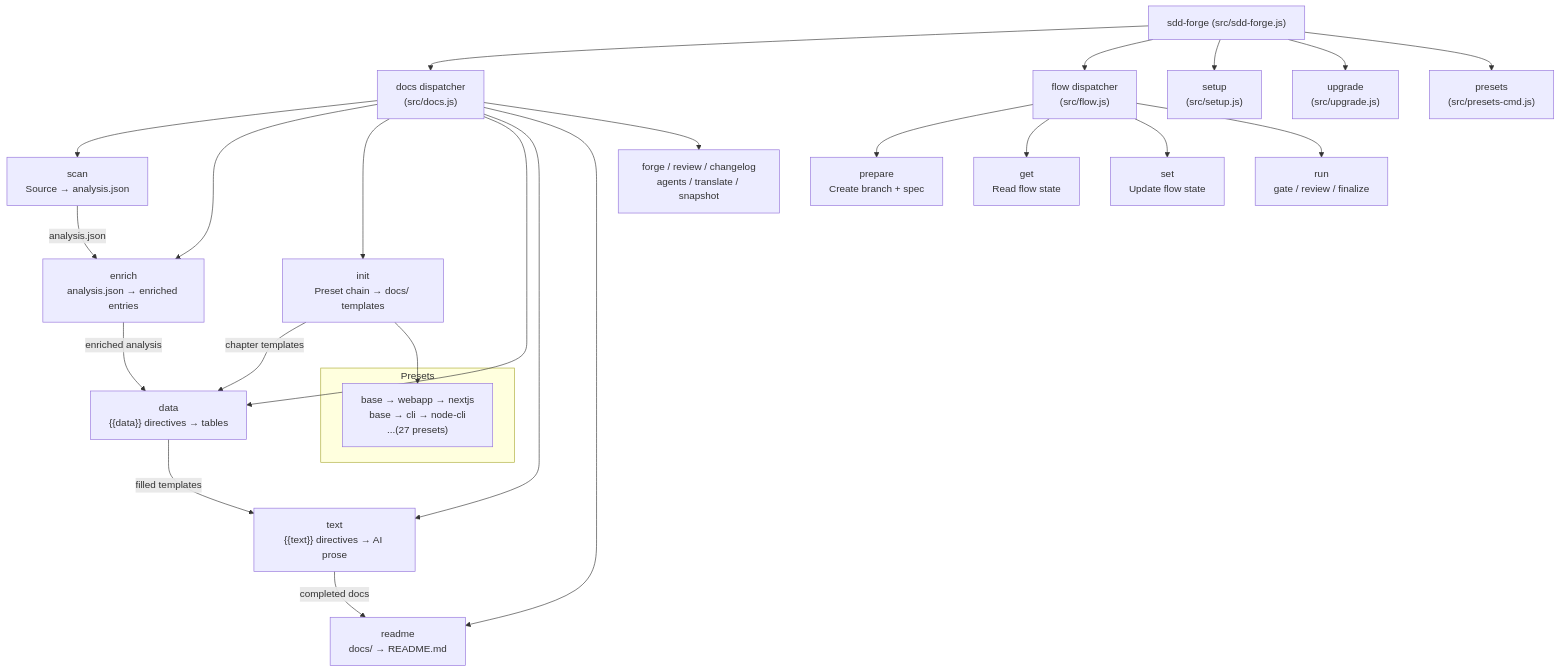
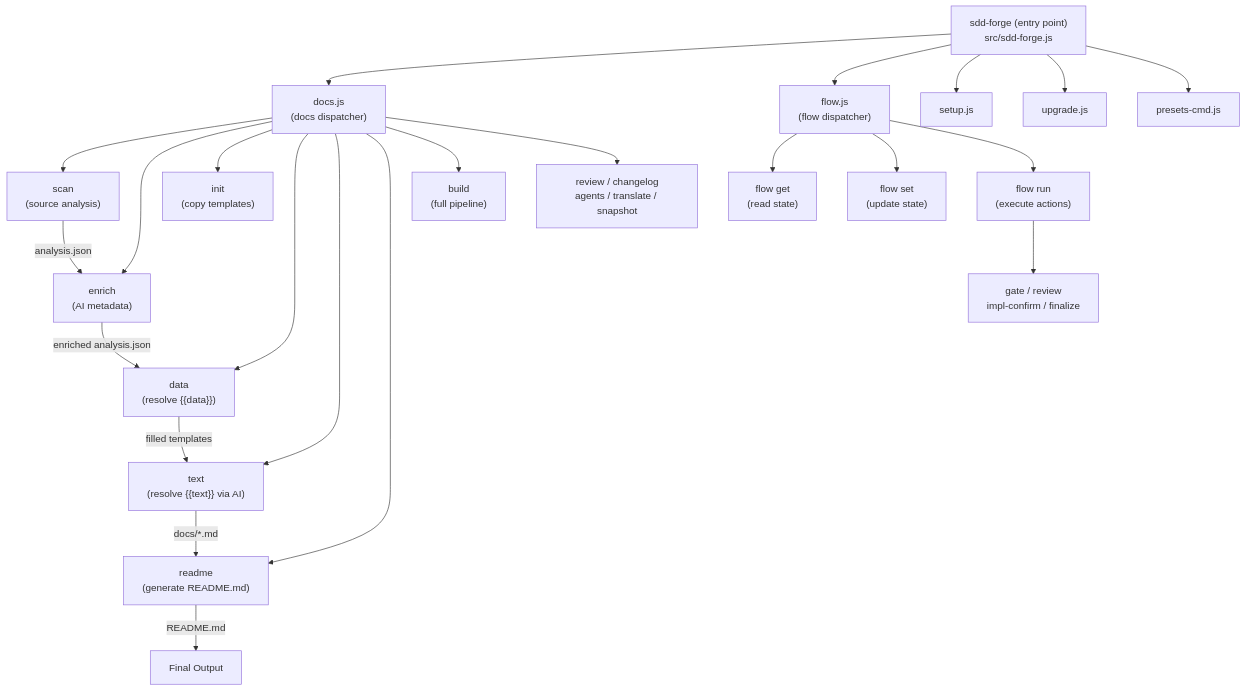
One commit to SpreadWorks/sdd-forge changed the diagram in docs/overview.md. Above: the diagram before and after it, drawn with Mermaid. The commit also changed other lines of this file and 6 other files, not shown here.

````diff
--- a/docs/overview.md
+++ b/docs/overview.md
@@ -33,32 +33,31 @@
 ```mermaid
 flowchart TD
-    CLI["sdd-forge (src/sdd-forge.js)"] --> DOCS["docs dispatcher\n(src/docs.js)"]
-    CLI --> FLOW["flow dispatcher\n(src/flow.js)"]
-    CLI --> SETUP["setup\n(src/setup.js)"]
-    CLI --> UPGRADE["upgrade\n(src/upgrade.js)"]
-    CLI --> PRESETS["presets\n(src/presets-cmd.js)"]
+    CLI["sdd-forge (entry point)\nsrc/sdd-forge.js"]
 
-    DOCS --> SCAN["scan\nSource → analysis.json"]
-    DOCS --> ENRICH["enrich\nanalysis.json → enriched entries"]
-    DOCS --> INIT["init\nPreset chain → docs/ templates"]
-    DOCS --> DATA["data\n{{data}} directives → tables"]
-    DOCS --> TEXT["text\n{{text}} directives → AI prose"]
-    DOCS --> README["readme\ndocs/ → README.md"]
-    DOCS --> OTHER["forge / review / changelog\nagents / translate / snapshot"]
+    CLI --> DOCS["docs.js\n(docs dispatcher)"]
+    CLI --> FLOW["flow.js\n(flow dispatcher)"]
+    CLI --> SETUP["setup.js"]
+    CLI --> UPGRADE["upgrade.js"]
+    CLI --> PRESETS["presets-cmd.js"]
 
-    FLOW --> PREPARE["prepare\nCreate branch + spec"]
-    FLOW --> GET["get\nRead flow state"]
-    FLOW --> SET["set\nUpdate flow state"]
-    FLOW --> RUN["run\ngate / review / finalize"]
+    DOCS --> SCAN["scan\n(source analysis)"]
+    DOCS --> ENRICH["enrich\n(AI metadata)"]    
+    DOCS --> INIT["init\n(copy templates)"]
+    DOCS --> DATA["data\n(resolve {{data}})"]    
+    DOCS --> TEXT["text\n(resolve {{text}} via AI)"]
+    DOCS --> README["readme\n(generate README.md)"]
+    DOCS --> BUILD["build\n(full pipeline)"]
+    DOCS --> OTHER_DOCS["review / changelog\nagents / translate / snapshot"]
 
-    SCAN -->|analysis.json| ENRICH
-    ENRICH -->|enriched analysis| DATA
-    INIT -->|chapter templates| DATA
-    DATA -->|filled templates| TEXT
-    TEXT -->|completed docs| README
+    FLOW --> GET["flow get\n(read state)"]
+    FLOW --> SET["flow set\n(update state)"]
+    FLOW --> RUN["flow run\n(execute actions)"]
 
-    subgraph Presets
-        PRESET_CHAIN["base → webapp → nextjs\nbase → cli → node-cli\n...(27 presets)"]
-    end
-    INIT --> PRESET_CHAIN
+    SCAN -->|"analysis.json"| ENRICH
+    ENRICH -->|"enriched analysis.json"| DATA
+    DATA -->|"filled templates"| TEXT
+    TEXT -->|"docs/*.md"| README
+    README -->|"README.md"| OUT["Final Output"]
+
+    RUN --> GATE["gate / review\nimpl-confirm / finalize"]
 ```
````
